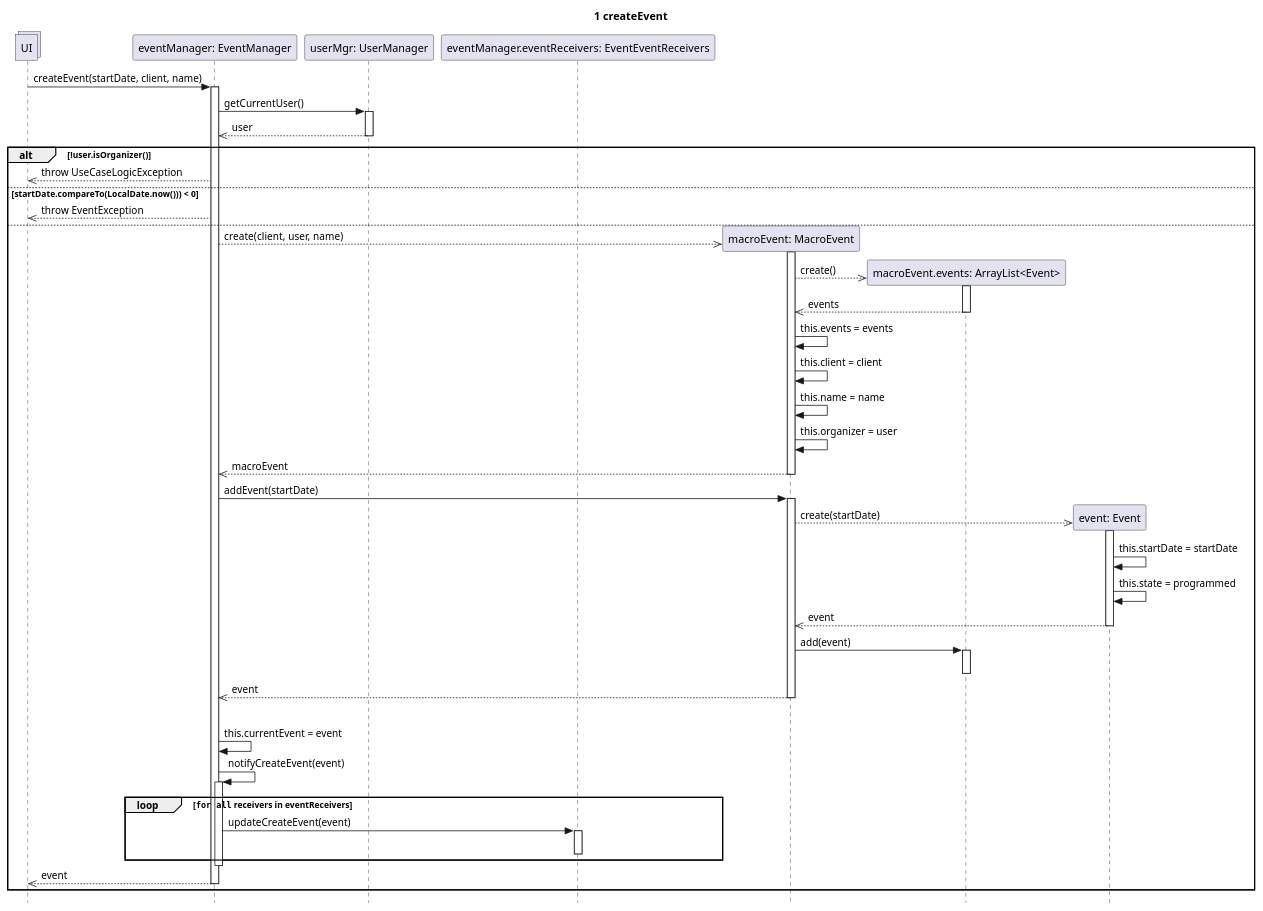
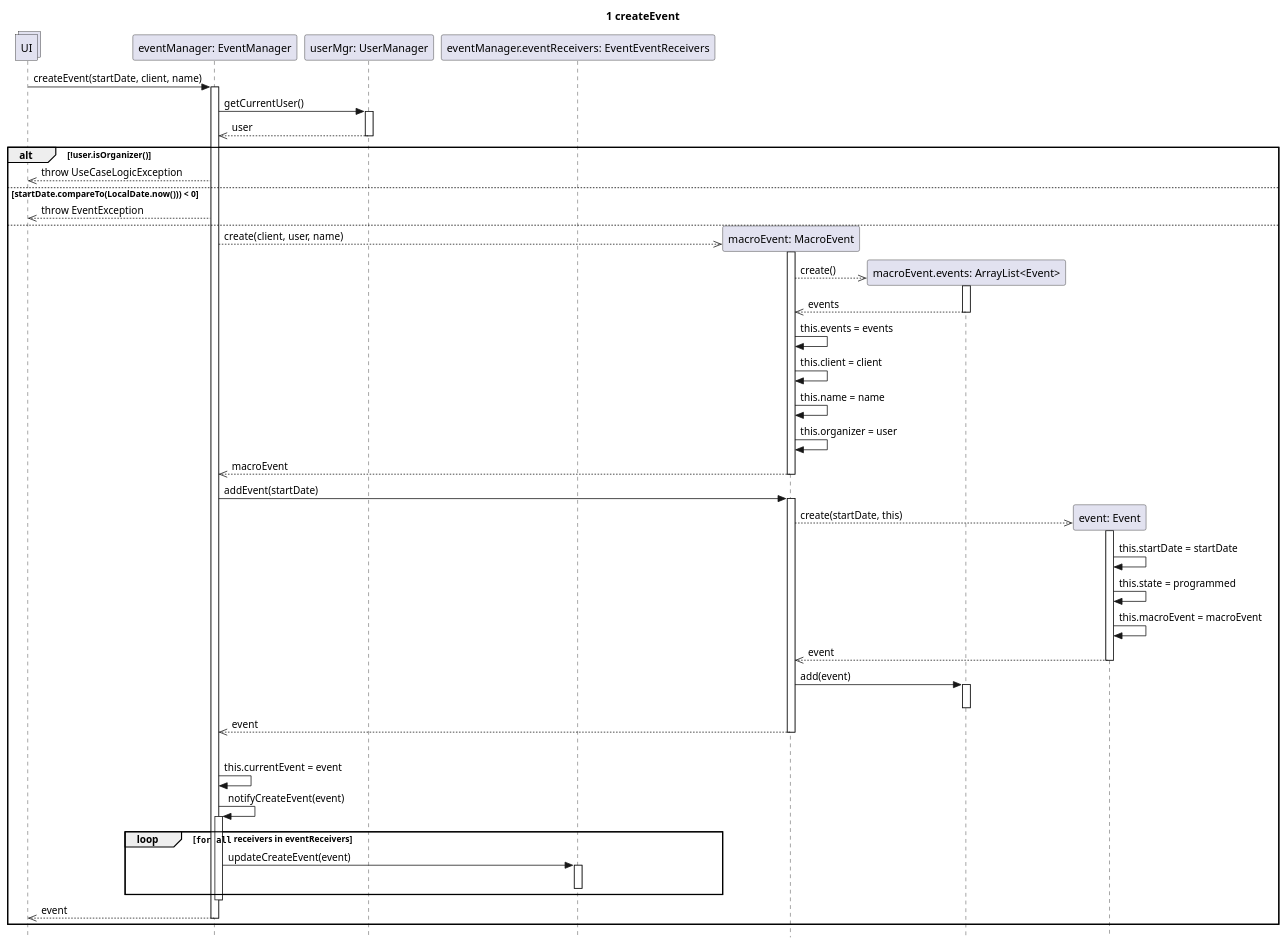
Before and after one commit to stefa168/sas-project: the diagram in UP/Progettazione/UC Gestire Eventi/DSD/DSD Operazione 1.puml, drawn with PlantUML.

Commit message:
Corretto costruttore al quale mancava un parametro

```diff
--- a/UP/Progettazione/UC Gestire Eventi/DSD/DSD Operazione 1.puml
+++ b/UP/Progettazione/UC Gestire Eventi/DSD/DSD Operazione 1.puml
@@ -1,66 +1,67 @@
 @startuml
 skinparam Style strictuml
 
 collections UI
 participant "eventManager: EventManager" as em
 participant "userMgr: UserManager" as um
 participant "eventManager.eventReceivers: EventEventReceivers" as eer
 
 title 1 createEvent
 
 UI -> em: createEvent(startDate, client, name)
 activate em
     em -> um: getCurrentUser()
     activate um
         em <<-- um: user
     deactivate um
 
     alt !user.isOrganizer()
         UI <<-- em: throw UseCaseLogicException
     else startDate.compareTo(LocalDate.now())) < 0
         UI <<-- em: throw EventException
     else
         participant "macroEvent: MacroEvent" as maev
         em -->> maev **: create(client, user, name)
         activate maev
             participant "macroEvent.events: ArrayList<Event>" as events
             maev -->> events**:create()
             activate events
                 maev <<-- events: events
             deactivate events
             maev -> maev: this.events = events
             maev -> maev: this.client = client
             maev -> maev: this.name = name
             maev -> maev: this.organizer = user
             em <<-- maev: macroEvent
         deactivate maev
 
         em -> maev: addEvent(startDate)
         activate maev
             participant "event: Event" as ev
-            maev -->> ev **: create(startDate)
+            maev -->> ev **: create(startDate, this)
             activate ev
                 ev -> ev: this.startDate = startDate
                 ev -> ev: this.state = programmed
+                ev -> ev: this.macroEvent = macroEvent
                 maev <<-- ev: event
             deactivate ev
             maev -> events: add(event)
             activate events
             deactivate events
             em <<-- maev: event
         deactivate maev
         |||
         em -> em: this.currentEvent = event
         em -> em: notifyCreateEvent(event)
         activate em
             loop ""for all"" receivers in eventReceivers
                 em -> eer: updateCreateEvent(event)
                 activate eer
                 deactivate eer
             end
         deactivate em
         UI <<--em: event
         deactivate em
     end
 
 @enduml
```
